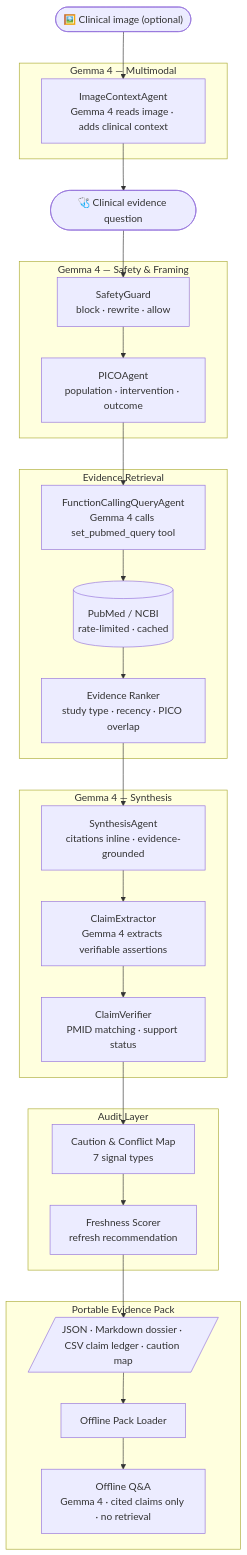
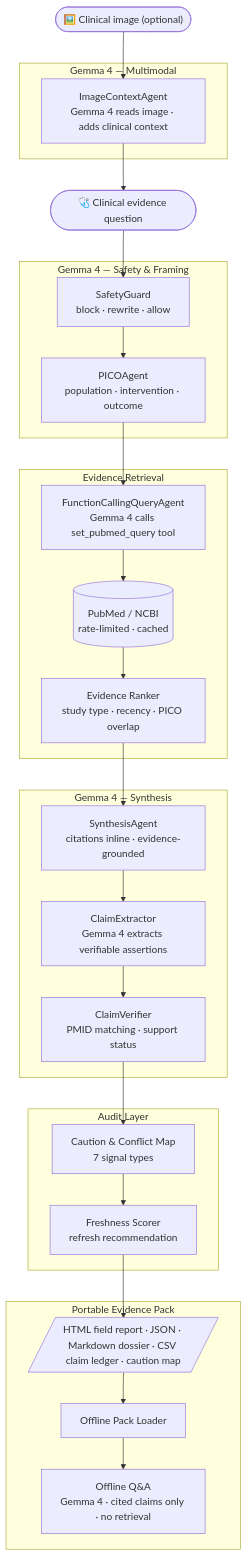
The diagram in README.md (sfnc01/veritasclin-gemma4), drawn with Mermaid before and after one commit. The commit also changed other lines of this file and 3 other files, not shown here.

First line of the commit message:
feat: add HTML field report export for non-technical users

````diff
--- a/README.md
+++ b/README.md
@@ -105,40 +105,40 @@
 ```mermaid
 flowchart TD
     Q(["🩺 Clinical evidence question"])
     IMG(["🖼️ Clinical image (optional)"])
 
     subgraph multimodal["Gemma 4 — Multimodal"]
         IMG_A["ImageContextAgent\nGemma 4 reads image · adds clinical context"]
     end
 
     subgraph safety["Gemma 4 — Safety & Framing"]
         S["SafetyGuard\nblock · rewrite · allow"]
         P["PICOAgent\npopulation · intervention · outcome"]
     end
 
     subgraph retrieval["Evidence Retrieval"]
         R["FunctionCallingQueryAgent\nGemma 4 calls set_pubmed_query tool"]
         N[("PubMed / NCBI\nrate-limited · cached")]
         K["Evidence Ranker\nstudy type · recency · PICO overlap"]
     end
 
     subgraph synthesis["Gemma 4 — Synthesis"]
         Y["SynthesisAgent\ncitations inline · evidence-grounded"]
         C["ClaimExtractor\nGemma 4 extracts verifiable assertions"]
         V["ClaimVerifier\nPMID matching · support status"]
     end
 
     subgraph audit["Audit Layer"]
         M["Caution & Conflict Map\n7 signal types"]
         F["Freshness Scorer\nrefresh recommendation"]
     end
 
     subgraph pack["Portable Evidence Pack"]
-        X[/"JSON · Markdown dossier · CSV claim ledger · caution map"/]
+        X[/"HTML field report · JSON · Markdown dossier · CSV claim ledger · caution map"/]
         O["Offline Pack Loader"]
         A["Offline Q&A\nGemma 4 · cited claims only · no retrieval"]
     end
 
     IMG --> IMG_A --> Q
     Q --> S --> P --> R --> N --> K --> Y --> C --> V --> M --> F --> X --> O --> A
 ```
````
